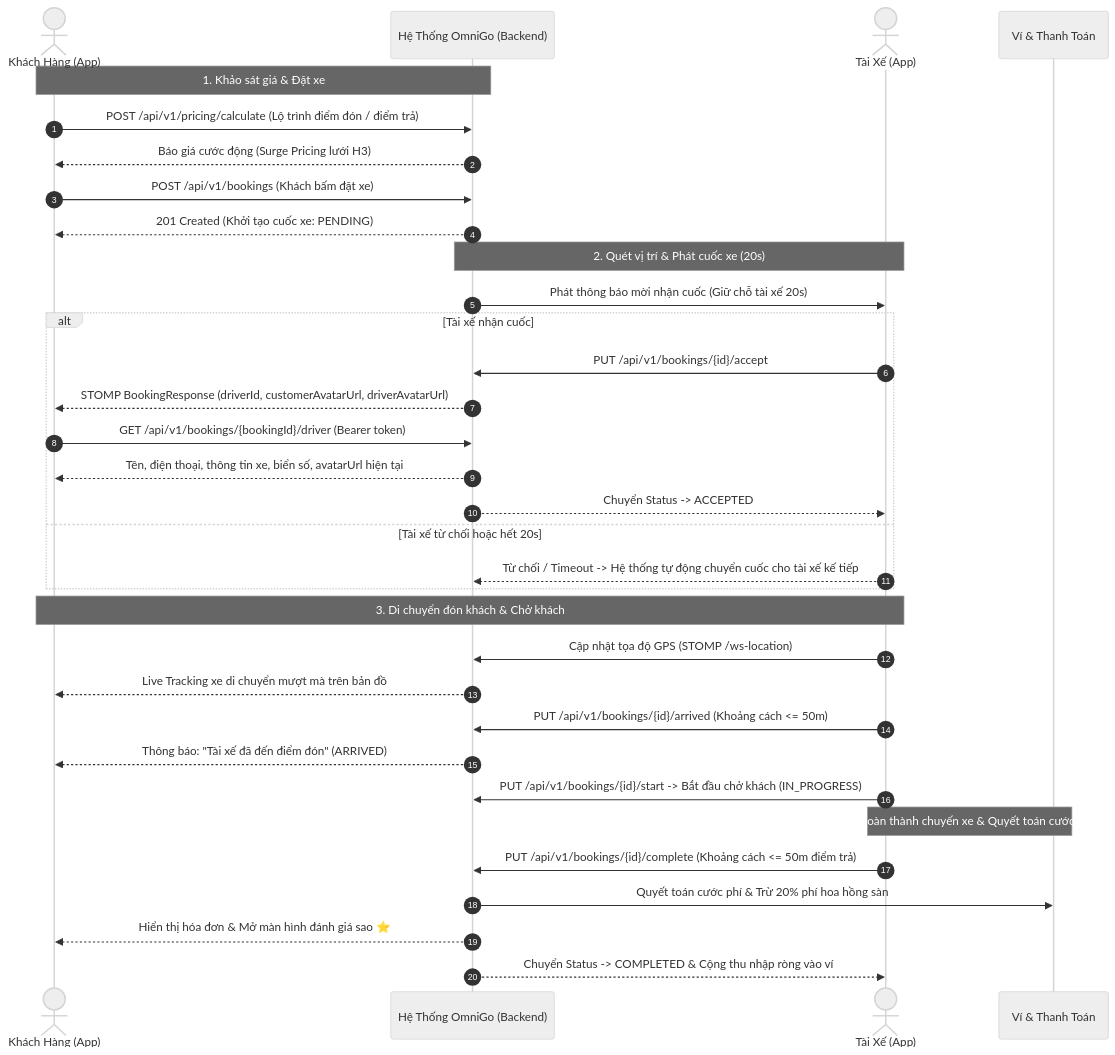
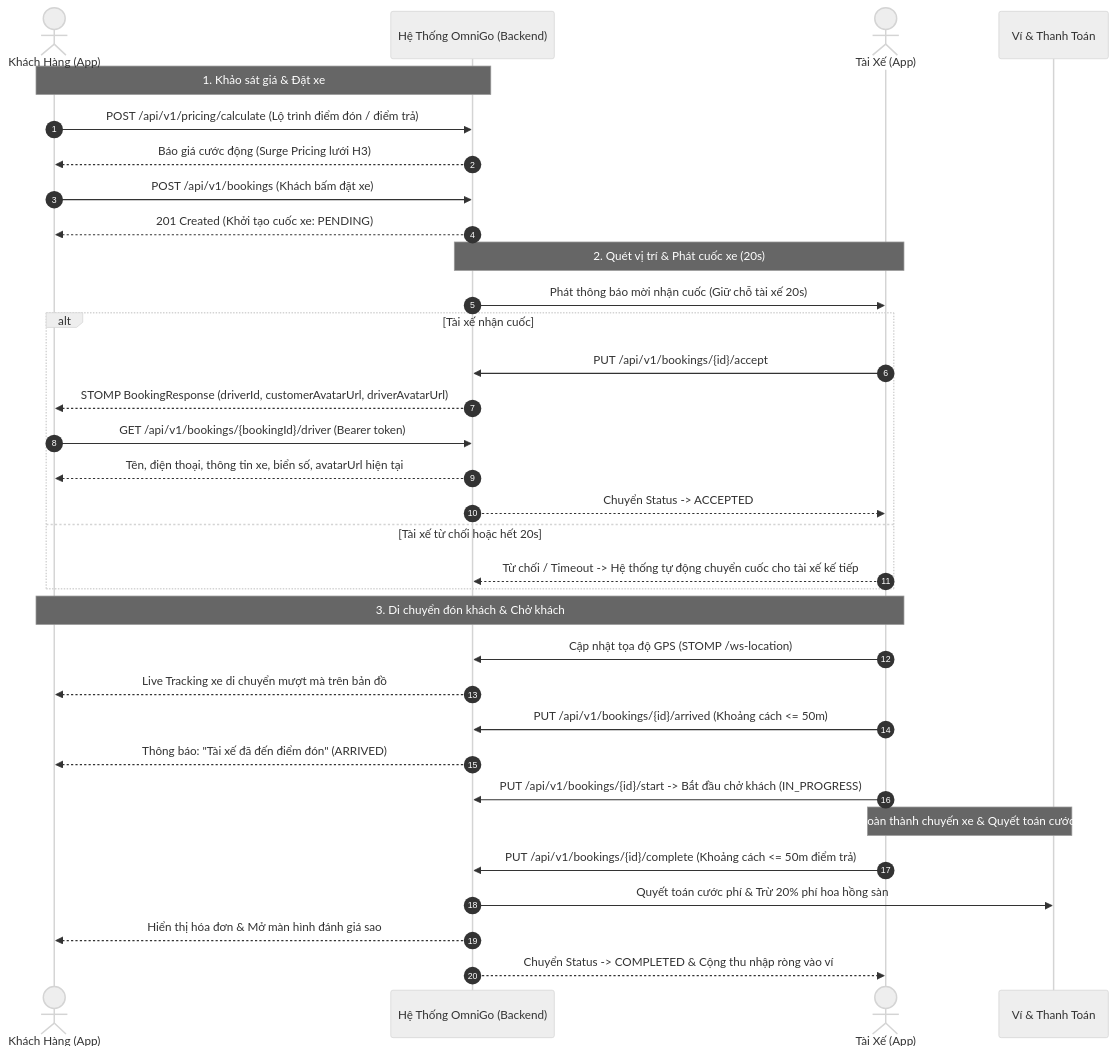
Before and after one commit to AnhQuocs/OmniGo: the first of 7 diagrams in DOCUMENT/BUSINESS_FLOW_SPECIFICATION.md, drawn with Mermaid (neutral theme). The commit also changed other lines of this file and 1 other file, not shown here.

Commit message:
fix: update customer invoice display and rating screen message in business flow specification

````diff
--- a/DOCUMENT/BUSINESS_FLOW_SPECIFICATION.md
+++ b/DOCUMENT/BUSINESS_FLOW_SPECIFICATION.md
@@ -39,43 +39,43 @@
 ```mermaid
 sequenceDiagram
     autonumber
     actor Customer as Khách Hàng (App)
     participant OmniGo as Hệ Thống OmniGo (Backend)
     actor Driver as Tài Xế (App)
     participant Payment as Ví & Thanh Toán
 
     %% 1. TÍNH CƯỚC & ĐẶT XE
     Note over Customer, OmniGo: 1. Khảo sát giá & Đặt xe
     Customer->>OmniGo: POST /api/v1/pricing/calculate (Lộ trình điểm đón / điểm trả)
     OmniGo-->>Customer: Báo giá cước động (Surge Pricing lưới H3)
     Customer->>OmniGo: POST /api/v1/bookings (Khách bấm đặt xe)
     OmniGo-->>Customer: 201 Created (Khởi tạo cuốc xe: PENDING)
 
     %% 2. ĐIỀU PHỐI TÀI XẾ
     Note over OmniGo, Driver: 2. Quét vị trí & Phát cuốc xe (20s)
     OmniGo->>Driver: Phát thông báo mời nhận cuốc (Giữ chỗ tài xế 20s)
     alt Tài xế nhận cuốc
         Driver->>OmniGo: PUT /api/v1/bookings/{id}/accept
         OmniGo-->>Customer: STOMP BookingResponse (driverId, customerAvatarUrl, driverAvatarUrl)
         Customer->>OmniGo: GET /api/v1/bookings/{bookingId}/driver (Bearer token)
         OmniGo-->>Customer: Tên, điện thoại, thông tin xe, biển số, avatarUrl hiện tại
         OmniGo-->>Driver: Chuyển Status -> ACCEPTED
     else Tài xế từ chối hoặc hết 20s
         Driver-->>OmniGo: Từ chối / Timeout -> Hệ thống tự động chuyển cuốc cho tài xế kế tiếp
     end
 
     %% 3. ĐÓN KHÁCH & HÀNH TRÌNH
     Note over Customer, Driver: 3. Di chuyển đón khách & Chở khách
     Driver->>OmniGo: Cập nhật tọa độ GPS (STOMP /ws-location)
     OmniGo-->>Customer: Live Tracking xe di chuyển mượt mà trên bản đồ
     Driver->>OmniGo: PUT /api/v1/bookings/{id}/arrived (Khoảng cách <= 50m)
     OmniGo-->>Customer: Thông báo: "Tài xế đã đến điểm đón" (ARRIVED)
     Driver->>OmniGo: PUT /api/v1/bookings/{id}/start -> Bắt đầu chở khách (IN_PROGRESS)
 
     %% 4. HOÀN TẤT & QUYẾT TOÁN
     Note over Driver, Payment: 4. Hoàn thành chuyến xe & Quyết toán cước phí
     Driver->>OmniGo: PUT /api/v1/bookings/{id}/complete (Khoảng cách <= 50m điểm trả)
     OmniGo->>Payment: Quyết toán cước phí & Trừ 20% phí hoa hồng sàn
-    OmniGo-->>Customer: Hiển thị hóa đơn & Mở màn hình đánh giá sao ⭐
+    OmniGo-->>Customer: Hiển thị hóa đơn & Mở màn hình đánh giá sao 
     OmniGo-->>Driver: Chuyển Status -> COMPLETED & Cộng thu nhập ròng vào ví
 ```
````
